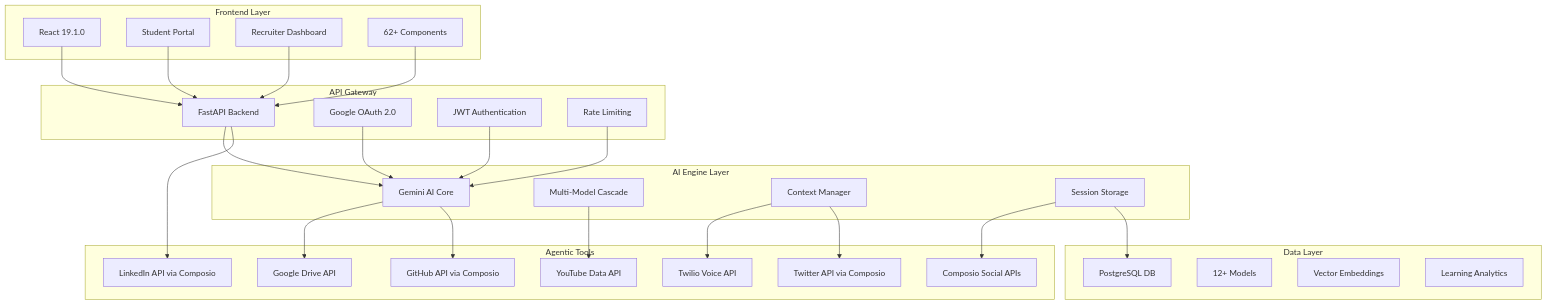
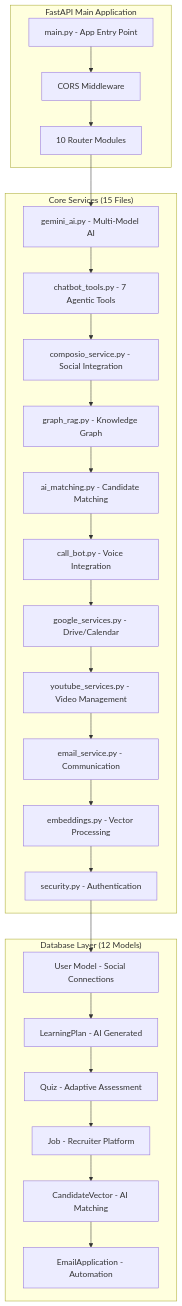
The first of 8 diagrams in README.md (abhiabhi150614/video-pop-up-for-steaming), drawn with Mermaid before and after one commit. The commit also changed other lines of this file, not shown here.

````diff
--- a/README.md
+++ b/README.md
@@ -177,57 +47,51 @@
 ```mermaid
 graph TB
-    subgraph "Frontend Layer"
-        A[React 19.1.0]
-        B[Student Portal]
-        C[Recruiter Dashboard]
-        D[62+ Components]
+    subgraph "FastAPI Main Application"
+        A[main.py - App Entry Point]
+        B[CORS Middleware]
+        C[10 Router Modules]
     end
     
-    subgraph "API Gateway"
-        E[FastAPI Backend]
-        F[Google OAuth 2.0]
-        G[JWT Authentication]
-        H[Rate Limiting]
+    subgraph "Core Services (15 Files)"
+        D[gemini_ai.py - Multi-Model AI]
+        E[chatbot_tools.py - 7 Agentic Tools]
+        F[composio_service.py - Social Integration]
+        G[graph_rag.py - Knowledge Graph]
+        H[ai_matching.py - Candidate Matching]
+        I[call_bot.py - Voice Integration]
+        J[google_services.py - Drive/Calendar]
+        K[youtube_services.py - Video Management]
+        L[email_service.py - Communication]
+        M[embeddings.py - Vector Processing]
+        N[security.py - Authentication]
     end
     
-    subgraph "AI Engine Layer"
-        I[Gemini AI Core]
-        J[Multi-Model Cascade]
-        K[Context Manager]
-        L[Session Storage]
+    subgraph "Database Layer (12 Models)"
+        O[User Model - Social Connections]
+        P[LearningPlan - AI Generated]
+        Q[Quiz - Adaptive Assessment]
+        R[Job - Recruiter Platform]
+        S[CandidateVector - AI Matching]
+        T[EmailApplication - Automation]
     end
     
-    subgraph "Agentic Tools"
-        M[Google Drive API]
-        N[YouTube Data API]
-        O[Twilio Voice API]
-        P[Composio Social APIs]
-        Q[LinkedIn API via Composio]
-        R[GitHub API via Composio]
-        S[Twitter API via Composio]
-    end
-    
-    subgraph "Data Layer"
-        T[PostgreSQL DB]
-        U[12+ Models]
-        V[Vector Embeddings]
-        W[Learning Analytics]
-    end
-    
-    A --> E
-    B --> E
-    C --> E
+    A --> B
+    B --> C
+    C --> D
     D --> E
-    E --> I
-    F --> I
-    G --> I
+    E --> F
+    F --> G
+    G --> H
     H --> I
-    I --> M
-    J --> N
-    K --> O
-    L --> P
-    E --> Q
-    I --> R
-    K --> S
-    L --> T
+    I --> J
+    J --> K
+    K --> L
+    L --> M
+    M --> N
+    N --> O
+    O --> P
+    P --> Q
+    Q --> R
+    R --> S
+    S --> T
 ```
````
